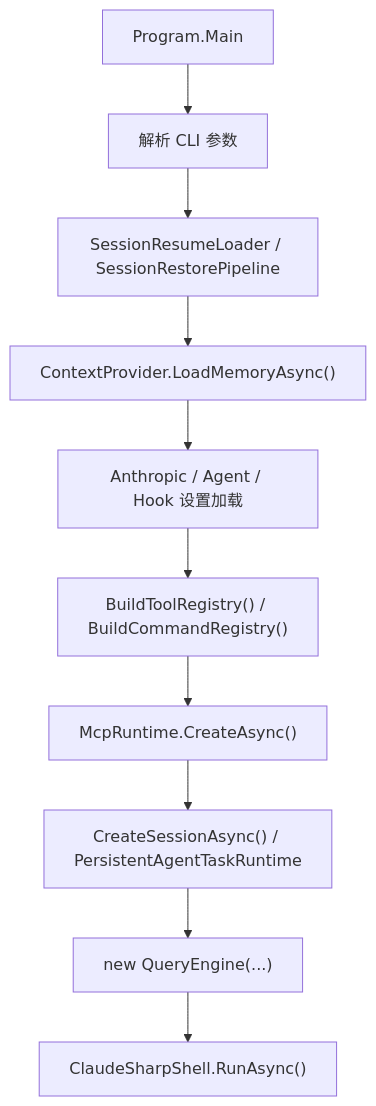
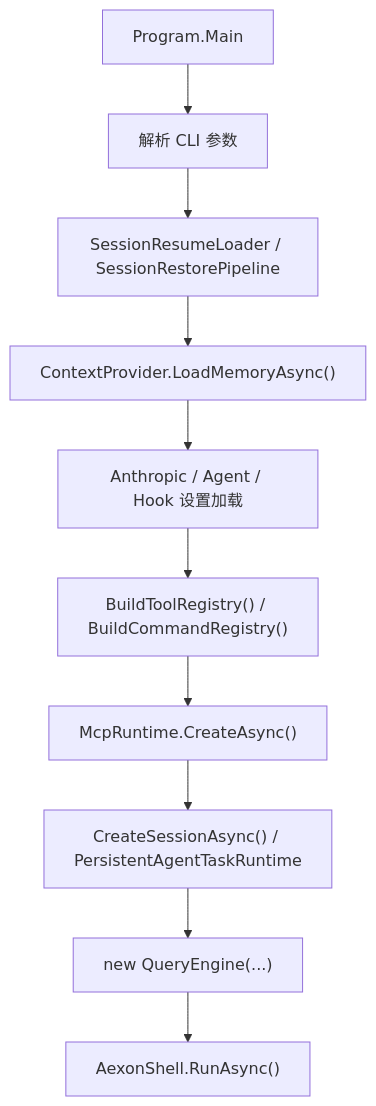
Before and after one commit to eanzhao/ClaudeSharp: the diagram in docs/claudesharp/implementation.md, drawn with Mermaid. The commit also changed other lines of this file and 481 other files, not shown here.

First line of the commit message:
refactor: rename project from ClaudeSharp to Aexon

````diff
--- a/docs/claudesharp/implementation.md
+++ b/docs/claudesharp/implementation.md
@@ -75,12 +75,12 @@
 ```mermaid
 flowchart TD
     A["Program.Main"] --> B["解析 CLI 参数"]
     B --> C["SessionResumeLoader / SessionRestorePipeline"]
     C --> D["ContextProvider.LoadMemoryAsync()"]
     D --> E["Anthropic / Agent / Hook 设置加载"]
     E --> F["BuildToolRegistry() / BuildCommandRegistry()"]
     F --> G["McpRuntime.CreateAsync()"]
     G --> H["CreateSessionAsync() / PersistentAgentTaskRuntime"]
     H --> I["new QueryEngine(...)"]
-    I --> J["ClaudeSharpShell.RunAsync()"]
+    I --> J["AexonShell.RunAsync()"]
 ```
````
